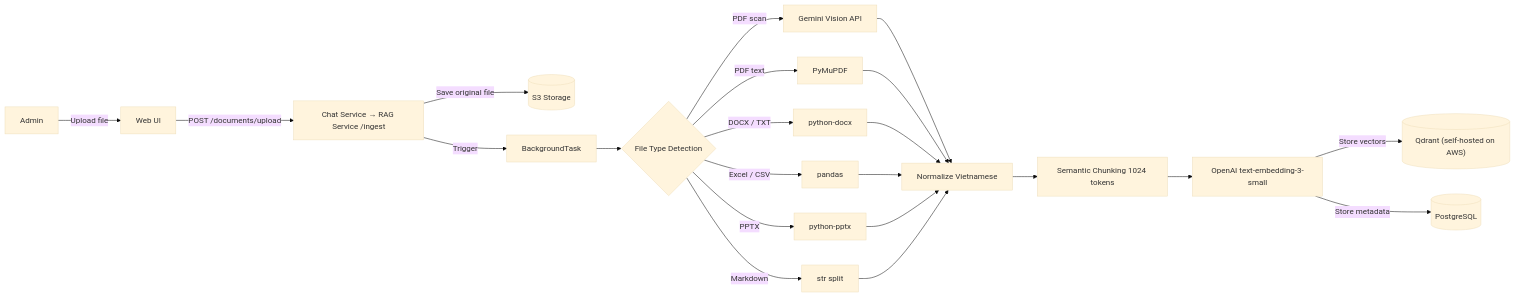
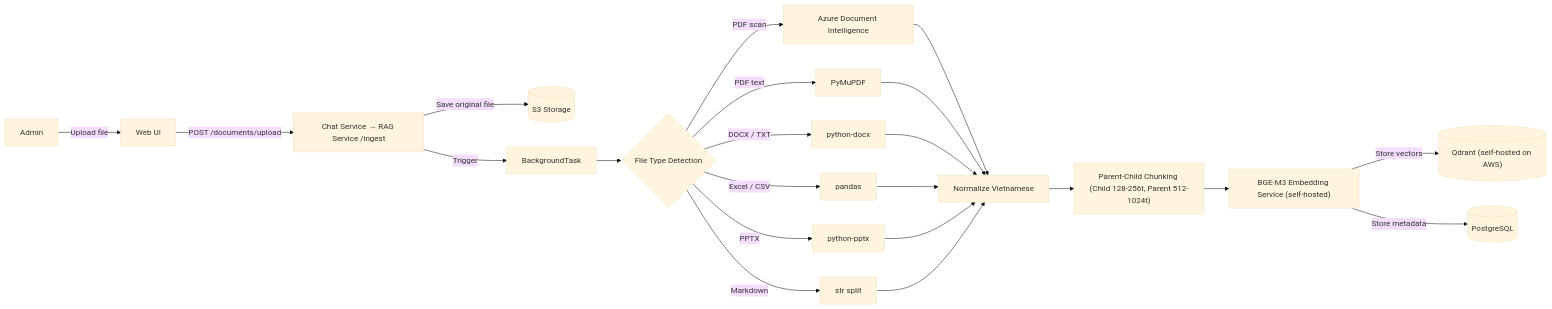
The second of 4 diagrams in docs/SA_RAG_Chatbot_Final.md (cds0987/DA08-VSF-AI), drawn with Mermaid (base theme) before and after one commit. The commit also changed other lines of this file and 104 other files, not shown here.

````diff
--- a/docs/SA_RAG_Chatbot_Final.md
+++ b/docs/SA_RAG_Chatbot_Final.md
@@ -203,27 +208,27 @@
 ```mermaid
 graph LR
     ADM["Admin"] -->|Upload file| UI["Web UI"]
     UI -->|POST /documents/upload| API["Chat Service → RAG Service /ingest"]
     API -->|Save original file| S3[("S3 Storage")]
     API -->|Trigger| BG["BackgroundTask"]
 
     BG --> DET{"File Type Detection"}
-    DET -->|PDF scan| GEM["Gemini Vision API"]
+    DET -->|PDF scan| ADI["Azure Document Intelligence"]
     DET -->|PDF text| MU["PyMuPDF"]
     DET -->|DOCX / TXT| DC["python-docx"]
     DET -->|Excel / CSV| PD["pandas"]
     DET -->|PPTX| PP["python-pptx"]
     DET -->|Markdown| MD["str split"]
 
-    GEM --> NORM["Normalize Vietnamese"]
+    ADI --> NORM["Normalize Vietnamese"]
     MU --> NORM
     DC --> NORM
     PD --> NORM
     PP --> NORM
     MD --> NORM
 
-    NORM --> CHUNK["Semantic Chunking 1024 tokens"]
-    CHUNK --> EMBED["OpenAI text-embedding-3-small"]
+    NORM --> CHUNK["Parent-Child Chunking (Child 128-256t, Parent 512-1024t)"]
+    CHUNK --> EMBED["BGE-M3 Embedding Service (self-hosted)"]
     EMBED -->|Store vectors| QD[("Qdrant (self-hosted on AWS)")]
     EMBED -->|Store metadata| PGM[("PostgreSQL")]
 ```
````
